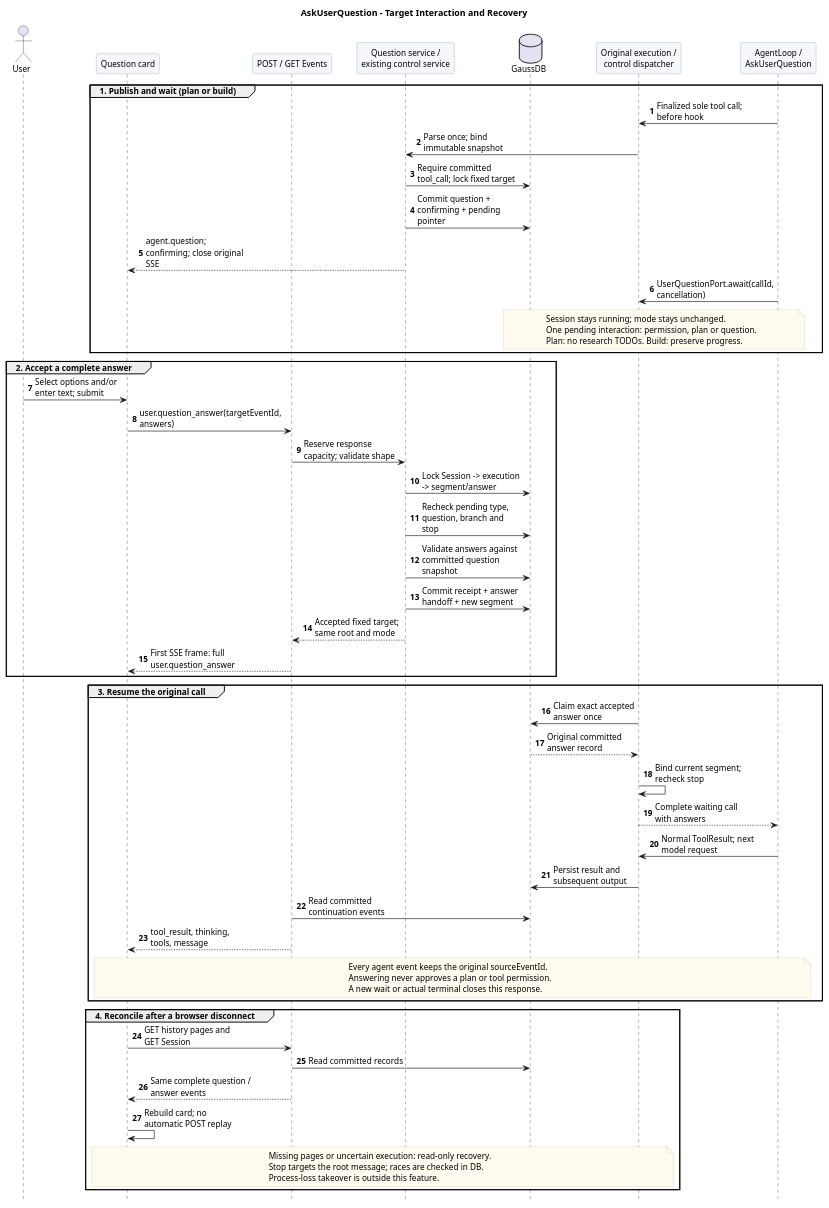
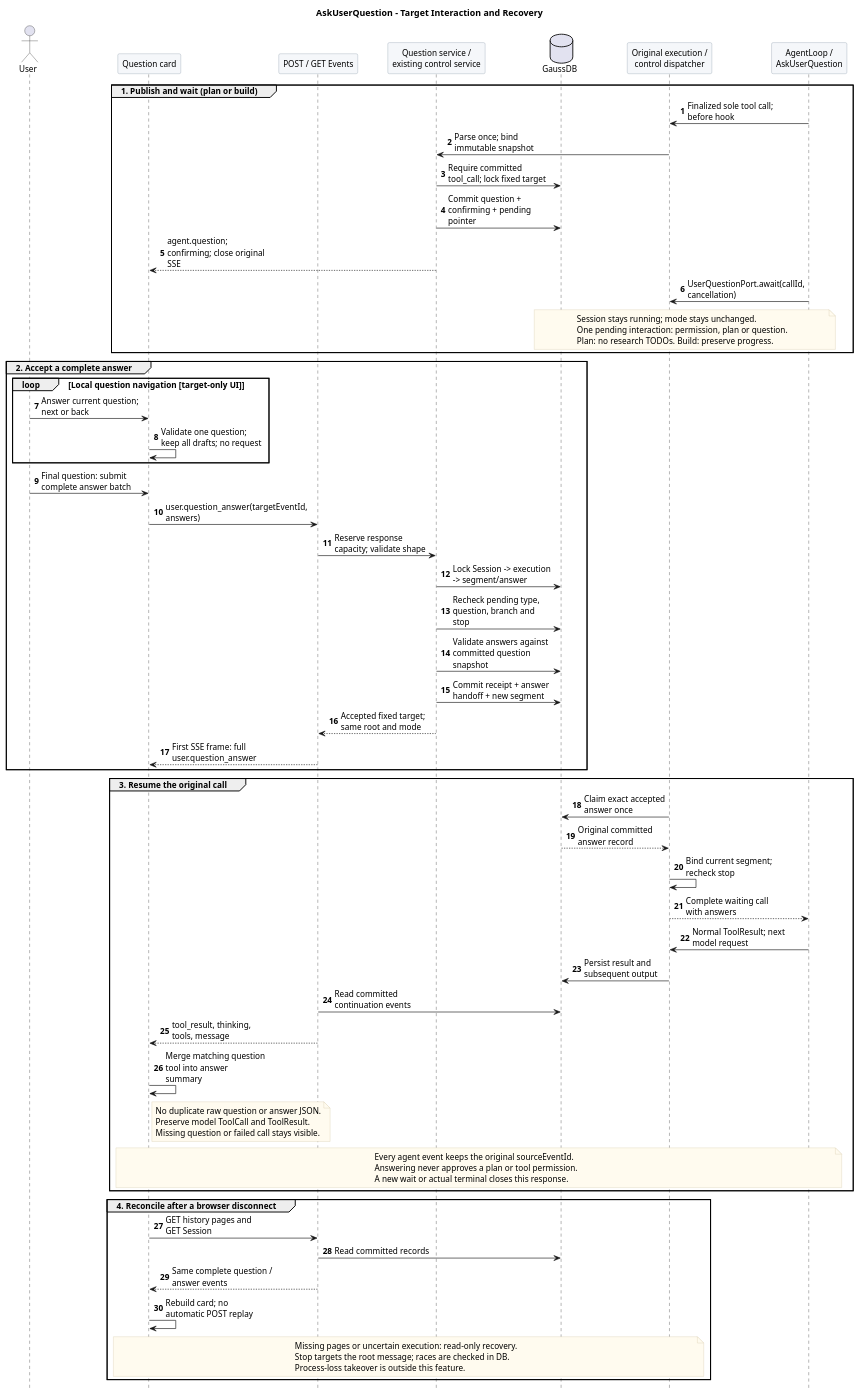
One commit to ssm0808/pi-mono-java-design changed the sixth of 6 diagrams in 01-总体架构/06-CampusClaw计划模式/diagram.puml. Above: the diagram before and after it, drawn with PlantUML. The commit also changed 23 other files, not shown here.

```diff
--- a/01-总体架构/06-CampusClaw计划模式/diagram.puml
+++ b/01-总体架构/06-CampusClaw计划模式/diagram.puml
@@ -674,80 +674,95 @@
 @startuml ask_user_question_sequence
 skinparam backgroundColor white
 skinparam shadowing false
 skinparam defaultFontName SansSerif
 skinparam defaultFontSize 13
 skinparam sequenceMessageAlign left
 skinparam maxMessageSize 160
 skinparam sequenceParticipantBackgroundColor #F5F7FA
 skinparam sequenceParticipantBorderColor #8496A4
 skinparam noteBackgroundColor #FFFBEF
 skinparam noteBorderColor #D2C6A5
 hide footbox
 autonumber
-' Java baseline: 699f929f6826b595ed1d0162f6def66e2f84760b (development branch).
+' Java baseline: 1d08f98eb04f8ea6e01bcfbfd4008c1b638391c4.
+' Previous baseline: 699f929f6826b595ed1d0162f6def66e2f84760b.
+' Source: frontend/src/components/QuestionCard.vue :: fieldset v-for, submit.
+' Source: frontend/src/projectors/runtimeEventProjector.ts :: projectRuntimeEvents.
+' Codex d58d0e58: codex-rs/tui/src/bottom_pane/request_user_input/mod.rs :: go_next_or_submit.
+' Observed behavior: question control is implemented; one-at-a-time UI is target-only.
 ' Source: modules/coding-agent-cli/src/main/java/com/campusclaw/codingagent/runtimeapi/event/RuntimeEventProjector.java :: beginPlanReview, finishConfirmingOutput.
 ' Source: modules/coding-agent-cli/src/main/java/com/campusclaw/codingagent/runtimeapi/event/RuntimeControlEventService.java :: accept.
 ' Source: modules/coding-agent-cli/src/main/java/com/campusclaw/codingagent/runtimeapi/runtime/RuntimeActiveExecution.java :: await, claimAndResumePlanReview, prepareStop.
 ' DeepSeek 0a53fb55bea101816fa226bb964ae2bed71c343b (alpha): packages/interaction/tool-ask-user/src/index.ts :: execute; packages/interaction/user-questions/src/index.ts :: ask.
 ' Observed behavior: tools await decisions and continue through original execution segments.
-' Design reason: target-only questions use explicit durable events, one pending slot and immutable question definitions.
+' Design reason: local navigation reduces density; one answer batch preserves existing control authority.
 title AskUserQuestion - Target Interaction and Recovery
 actor User
 participant "Question card" as UI
 participant "POST / GET Events" as API
 participant "Question service /\nexisting control service" as Service
 database GaussDB as DB
 participant "Original execution /\ncontrol dispatcher" as Runtime
 participant "AgentLoop /\nAskUserQuestion" as Tool
 
 group 1. Publish and wait (plan or build)
   Tool -> Runtime : Finalized sole tool call; before hook
   Runtime -> Service : Parse once; bind immutable snapshot
   Service -> DB : Require committed tool_call; lock fixed target
   Service -> DB : Commit question + confirming + pending pointer
   Service --> UI : agent.question; confirming; close original SSE
   Tool -> Runtime : UserQuestionPort.await(callId, cancellation)
   note over DB,Tool
     Session stays running; mode stays unchanged.
     One pending interaction: permission, plan or question.
     Plan: no research TODOs. Build: preserve progress.
   end note
 end
 group 2. Accept a complete answer
-  User -> UI : Select options and/or enter text; submit
+  loop Local question navigation [target-only UI]
+    User -> UI : Answer current question; next or back
+    UI -> UI : Validate one question; keep all drafts; no request
+  end
+  User -> UI : Final question: submit complete answer batch
   UI -> API : user.question_answer(targetEventId, answers)
   API -> Service : Reserve response capacity; validate shape
   Service -> DB : Lock Session -> execution -> segment/answer
   Service -> DB : Recheck pending type, question, branch and stop
   Service -> DB : Validate answers against committed question snapshot
   Service -> DB : Commit receipt + answer handoff + new segment
   Service --> API : Accepted fixed target; same root and mode
   API --> UI : First SSE frame: full user.question_answer
 end
 group 3. Resume the original call
   Runtime -> DB : Claim exact accepted answer once
   DB --> Runtime : Original committed answer record
   Runtime -> Runtime : Bind current segment; recheck stop
   Runtime --> Tool : Complete waiting call with answers
   Tool -> Runtime : Normal ToolResult; next model request
   Runtime -> DB : Persist result and subsequent output
   API -> DB : Read committed continuation events
   API --> UI : tool_result, thinking, tools, message
+  UI -> UI : Merge matching question tool into answer summary
+  note right of UI
+    No duplicate raw question or answer JSON.
+    Preserve model ToolCall and ToolResult.
+    Missing question or failed call stays visible.
+  end note
   note over UI,Tool
     Every agent event keeps the original sourceEventId.
     Answering never approves a plan or tool permission.
     A new wait or actual terminal closes this response.
   end note
 end
 group 4. Reconcile after a browser disconnect
   UI -> API : GET history pages and GET Session
   API -> DB : Read committed records
   API --> UI : Same complete question / answer events
   UI -> UI : Rebuild card; no automatic POST replay
   note over UI,Runtime
     Missing pages or uncertain execution: read-only recovery.
     Stop targets the root message; races are checked in DB.
     Process-loss takeover is outside this feature.
   end note
 end
 @enduml
```
